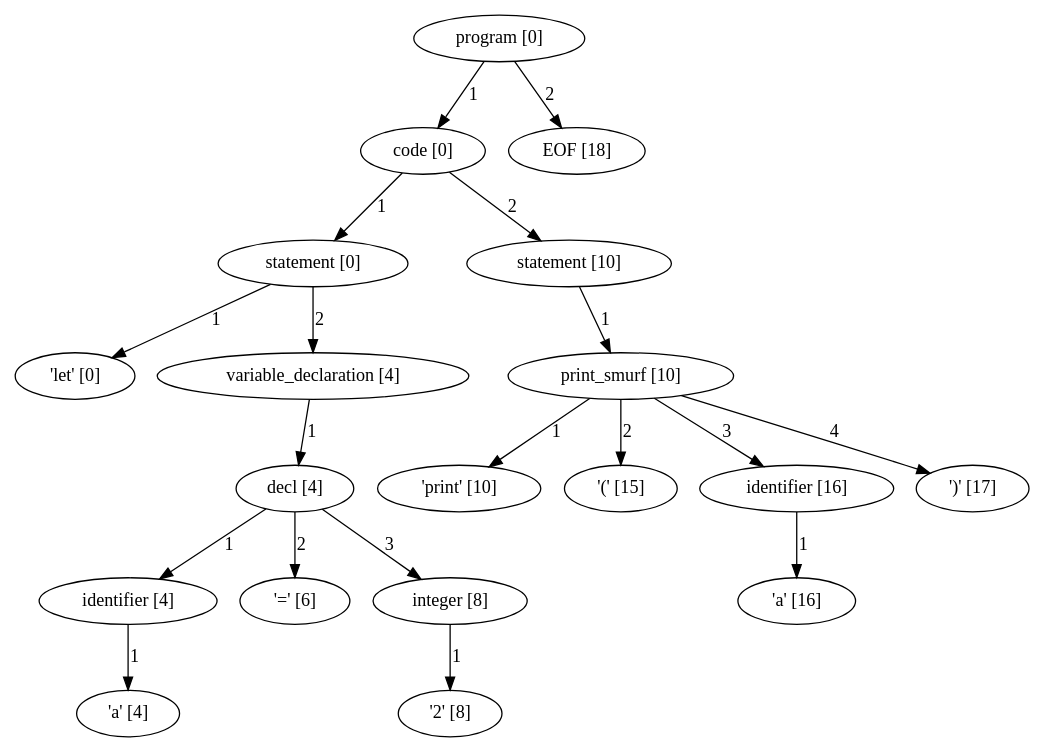
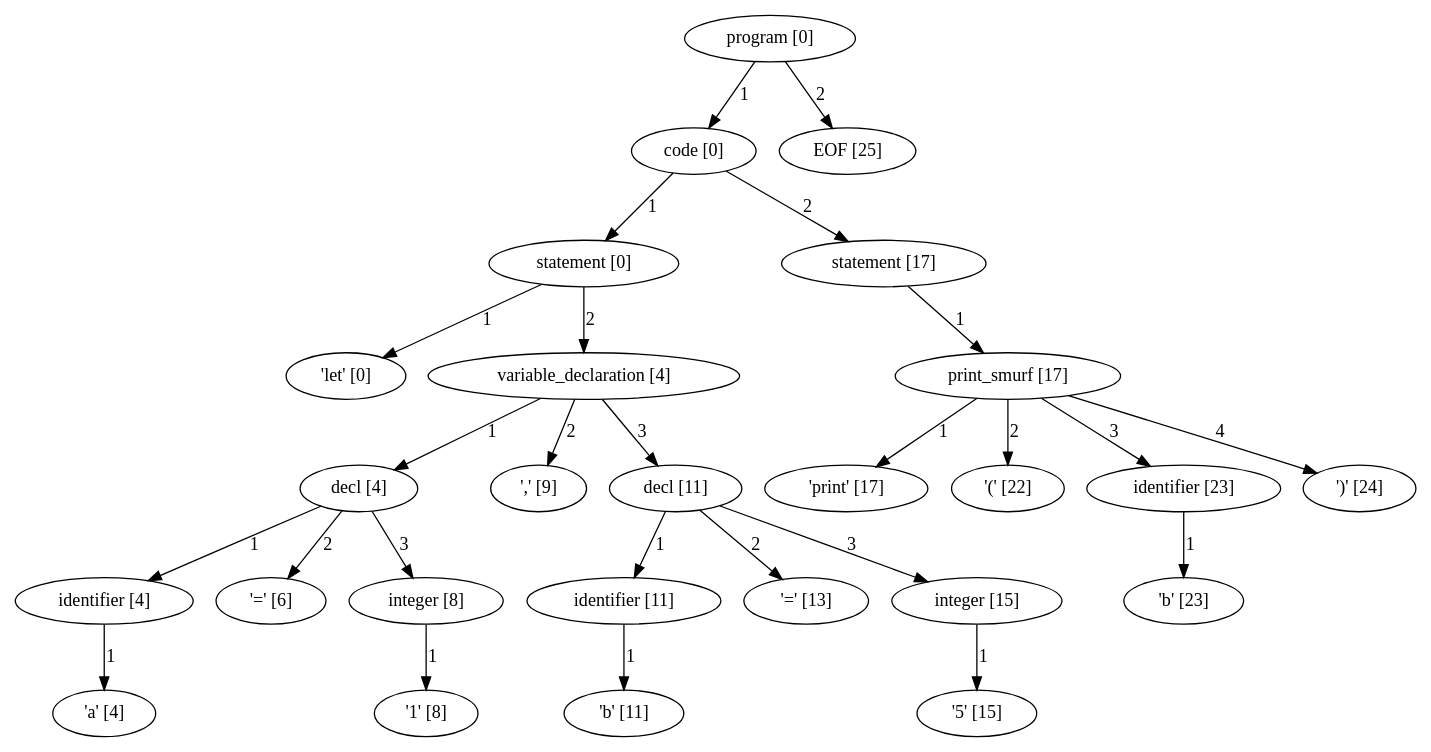
Before and after one commit to pragdave/cs3342_smurf: the diagram in program_parse_tree.dot, drawn with Graphviz. The commit also changed 12 other files, not shown here.

```diff
--- a/program_parse_tree.dot
+++ b/program_parse_tree.dot
@@ -1,57 +1,78 @@
 digraph arpeggio_graph {
-4713222016 [label="program [0]"];
-4713222016->4710486096 [label="1"]
+4714692976 [label="program [0]"];
+4714692976->4714695568 [label="1"]
 
-4710486096 [label="code [0]"];
-4710486096->4712942336 [label="1"]
+4714695568 [label="code [0]"];
+4714695568->4716184784 [label="1"]
 
-4712942336 [label="statement [0]"];
-4712942336->4717488848 [label="1"]
+4716184784 [label="statement [0]"];
+4716184784->4714263760 [label="1"]
 
-4717488848 [label=" 'let' [0]"];
-4712942336->4712942768 [label="2"]
+4714263760 [label=" 'let' [0]"];
+4716184784->4716183920 [label="2"]
 
-4712942768 [label="variable_declaration [4]"];
-4712942768->4712942048 [label="1"]
+4716183920 [label="variable_declaration [4]"];
+4716183920->4716789200 [label="1"]
 
-4712942048 [label="decl [4]"];
-4712942048->4710480784 [label="1"]
+4716789200 [label="decl [4]"];
+4716789200->4710963392 [label="1"]
 
-4710480784 [label="identifier [4]"];
-4710480784->4717489488 [label="1"]
+4710963392 [label="identifier [4]"];
+4710963392->4714262736 [label="1"]
 
-4717489488 [label=" 'a' [4]"];
-4712942048->4717486928 [label="2"]
+4714262736 [label=" 'a' [4]"];
+4716789200->4714262608 [label="2"]
 
-4717486928 [label=" '=' [6]"];
-4712942048->4712940896 [label="3"]
+4714262608 [label=" '=' [6]"];
+4716789200->4715016848 [label="3"]
 
-4712940896 [label="integer [8]"];
-4712940896->4717489104 [label="1"]
+4715016848 [label="integer [8]"];
+4715016848->4714262992 [label="1"]
 
-4717489104 [label=" '2' [8]"];
-4710486096->4710480064 [label="2"]
+4714262992 [label=" '1' [8]"];
+4716183920->4707948624 [label="2"]
 
-4710480064 [label="statement [10]"];
-4710480064->4710478624 [label="1"]
+4707948624 [label=" ',' [9]"];
+4716183920->4710961376 [label="3"]
 
-4710478624 [label="print_smurf [10]"];
-4710478624->4717488720 [label="1"]
+4710961376 [label="decl [11]"];
+4710961376->4716787040 [label="1"]
 
-4717488720 [label=" 'print' [10]"];
-4710478624->4717489360 [label="2"]
+4716787040 [label="identifier [11]"];
+4716787040->4707949776 [label="1"]
 
-4717489360 [label=" '(' [15]"];
-4710478624->4710479632 [label="3"]
+4707949776 [label=" 'b' [11]"];
+4710961376->4707949904 [label="2"]
 
-4710479632 [label="identifier [16]"];
-4710479632->4717489232 [label="1"]
+4707949904 [label=" '=' [13]"];
+4710961376->4710962960 [label="3"]
 
-4717489232 [label=" 'a' [16]"];
-4710478624->4717488208 [label="4"]
+4710962960 [label="integer [15]"];
+4710962960->4707950288 [label="1"]
 
-4717488208 [label=" ')' [17]"];
-4713222016->4714908624 [label="2"]
+4707950288 [label=" '5' [15]"];
+4714695568->4710626656 [label="2"]
 
-4714908624 [label="EOF [18]"];
+4710626656 [label="statement [17]"];
+4710626656->4710626224 [label="1"]
+
+4710626224 [label="print_smurf [17]"];
+4710626224->4707950160 [label="1"]
+
+4707950160 [label=" 'print' [17]"];
+4710626224->4712421200 [label="2"]
+
+4712421200 [label=" '(' [22]"];
+4710626224->4716187520 [label="3"]
+
+4716187520 [label="identifier [23]"];
+4716187520->4712420688 [label="1"]
+
+4712420688 [label=" 'b' [23]"];
+4710626224->4712422608 [label="4"]
+
+4712422608 [label=" ')' [24]"];
+4714692976->4710343632 [label="2"]
+
+4710343632 [label="EOF [25]"];
 }
```
